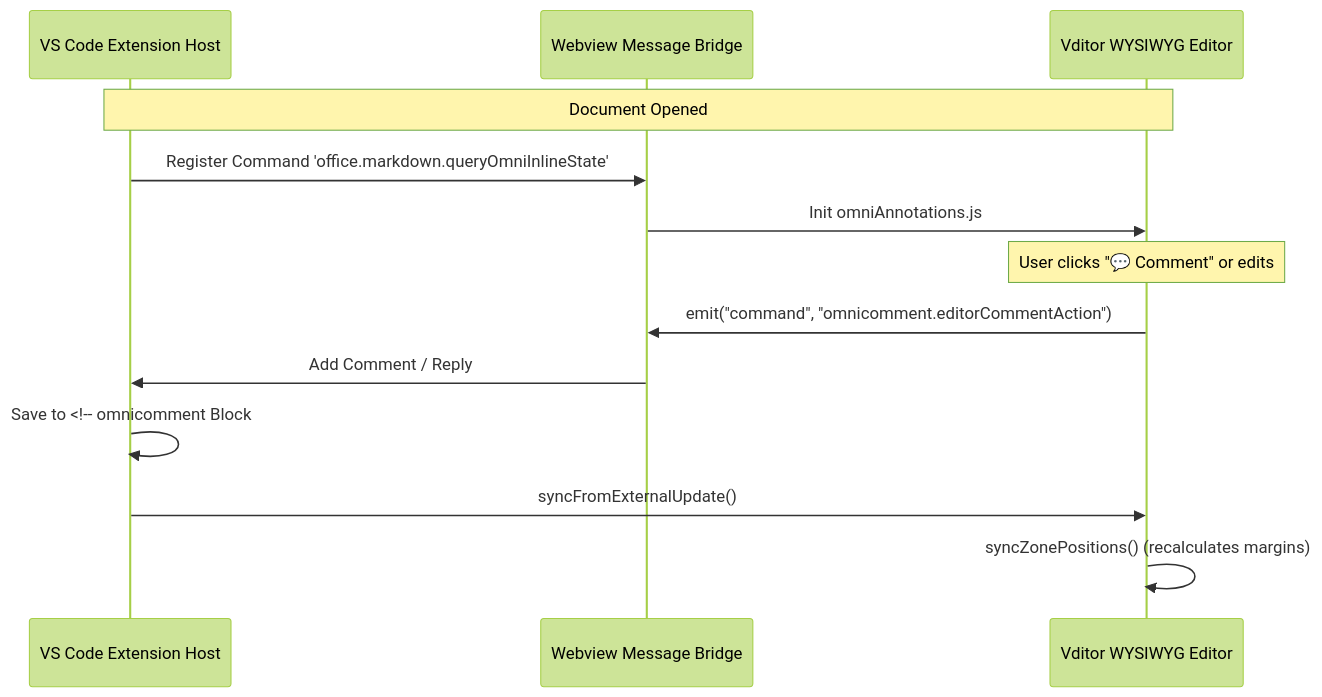
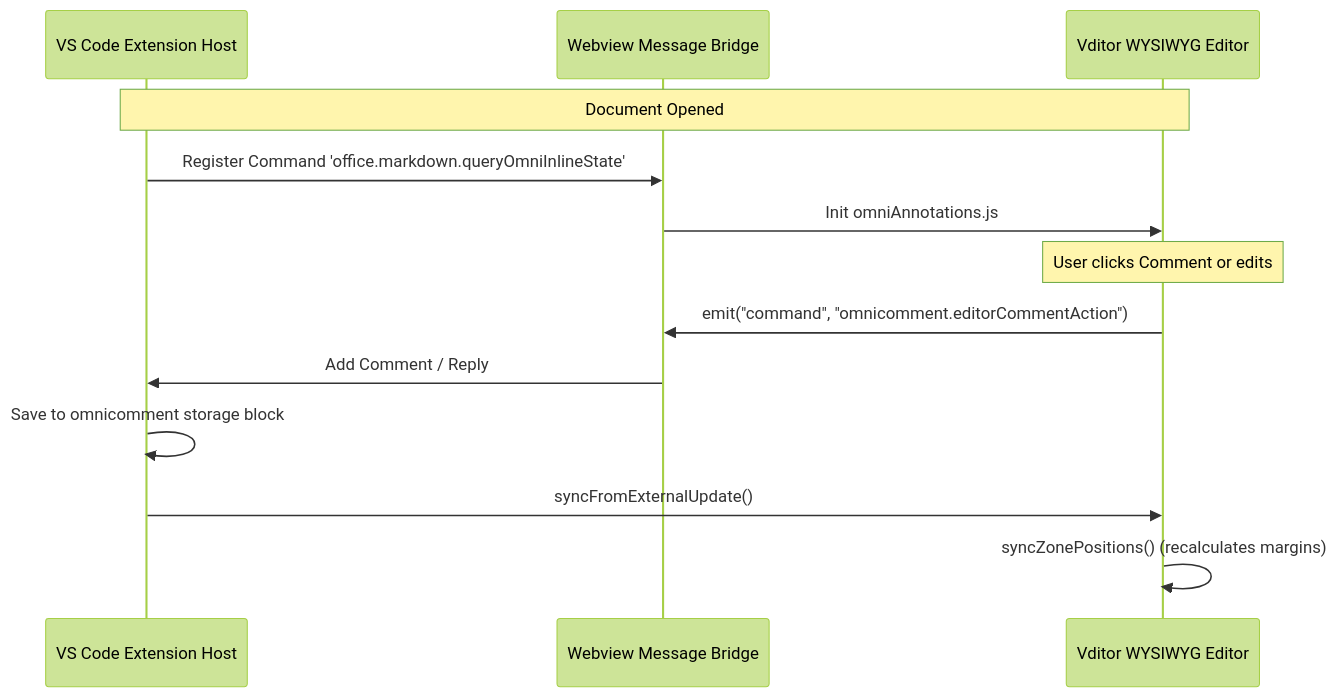
Before and after one commit to benquike/OmniComment: the second of 2 diagrams in docs/VSCODE_MODES_GUIDE.md, drawn with Mermaid (forest theme). The commit also changed other lines of this file and 4 other files, not shown here.

````diff
--- a/docs/VSCODE_MODES_GUIDE.md
+++ b/docs/VSCODE_MODES_GUIDE.md
@@ -90,17 +94,17 @@
 ```mermaid
 sequenceDiagram
     participant VSCode as VS Code Extension Host
     participant Bridge as Webview Message Bridge
     participant Vditor as Vditor WYSIWYG Editor
 
     Note over VSCode,Vditor: Document Opened
     VSCode->>Bridge: Register Command 'office.markdown.queryOmniInlineState'
     Bridge->>Vditor: Init omniAnnotations.js
-    
-    Note over Vditor: User clicks "💬 Comment" or edits
+  
+    Note over Vditor: User clicks Comment or edits
     Vditor->>Bridge: emit("command", "omnicomment.editorCommentAction")
     Bridge->>VSCode: Add Comment / Reply
-    VSCode->>VSCode: Save to <!-- omnicomment Block
+    VSCode->>VSCode: Save to omnicomment storage block
     VSCode->>Vditor: syncFromExternalUpdate()
     Vditor->>Vditor: syncZonePositions() (recalculates margins)
 ```
````
